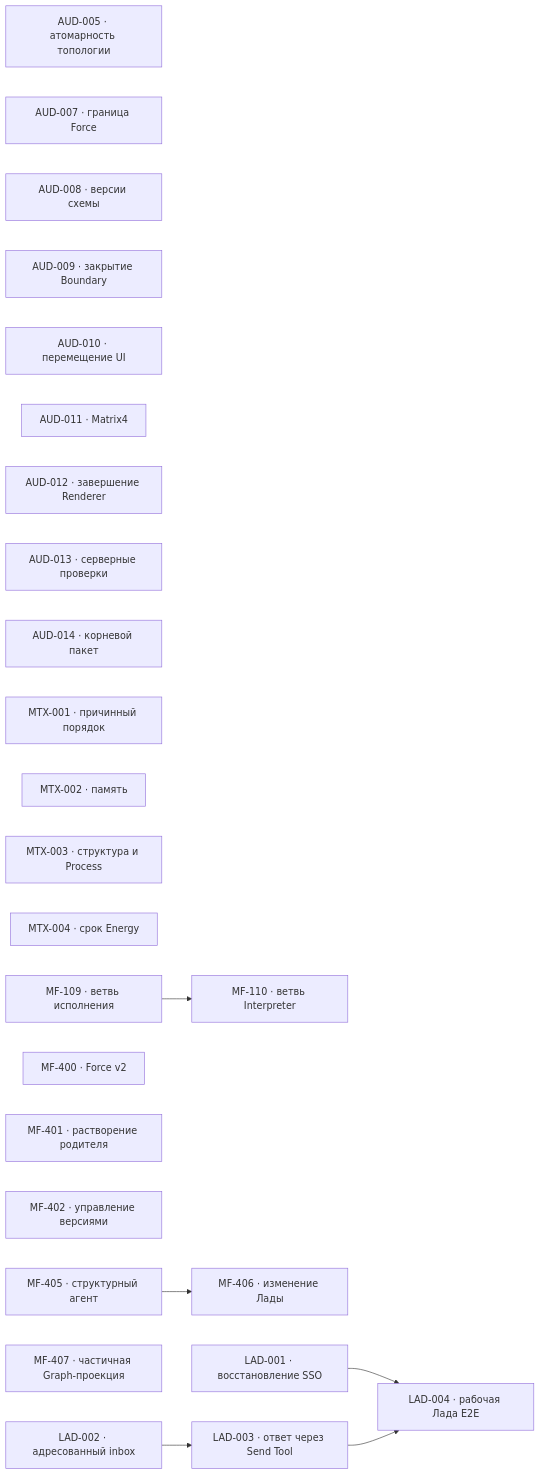
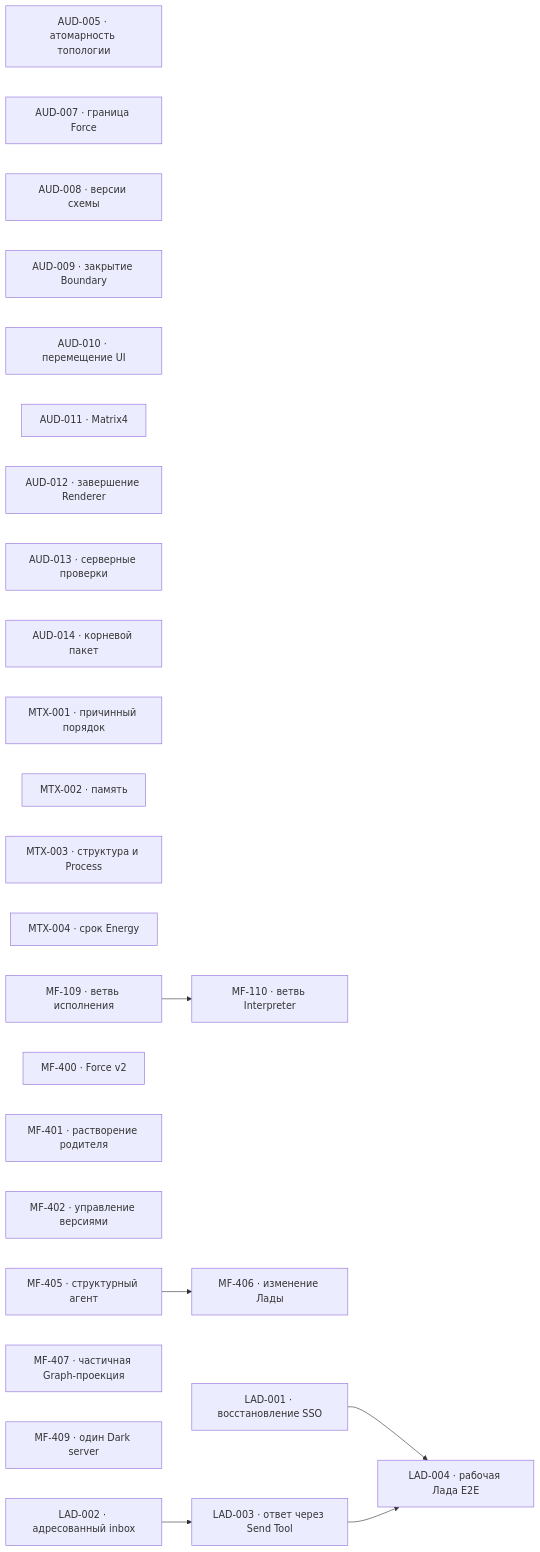
Before and after one commit to zavx0z/metafor: the diagram in project/TODO.md, drawn with Mermaid. The commit also changed other lines of this file and 32 other files, not shown here.

Commit message:
feat(runtime): use one Dark server per universe

````diff
--- a/project/TODO.md
+++ b/project/TODO.md
@@ -13,33 +13,34 @@
 ```mermaid
 flowchart LR
     AUD005["AUD-005 · атомарность топологии"]
     AUD007["AUD-007 · граница Force"]
     AUD008["AUD-008 · версии схемы"]
     AUD009["AUD-009 · закрытие Boundary"]
     AUD010["AUD-010 · перемещение UI"]
     AUD011["AUD-011 · Matrix4"]
     AUD012["AUD-012 · завершение Renderer"]
     AUD013["AUD-013 · серверные проверки"]
     AUD014["AUD-014 · корневой пакет"]
     MTX001["MTX-001 · причинный порядок"]
     MTX002["MTX-002 · память"]
     MTX003["MTX-003 · структура и Process"]
     MTX004["MTX-004 · срок Energy"]
     MF109["MF-109 · ветвь исполнения"]
     MF110["MF-110 · ветвь Interpreter"]
     MF400["MF-400 · Force v2"]
     MF401["MF-401 · растворение родителя"]
     MF402["MF-402 · управление версиями"]
     MF405["MF-405 · структурный агент"]
     MF406["MF-406 · изменение Лады"]
     MF407["MF-407 · частичная Graph-проекция"]
+    MF409["MF-409 · один Dark server"]
     LAD001["LAD-001 · восстановление SSO"]
     LAD002["LAD-002 · адресованный inbox"]
     LAD003["LAD-003 · ответ через Send Tool"]
     LAD004["LAD-004 · рабочая Лада E2E"]
     MF109 --> MF110
     MF405 --> MF406
     LAD002 --> LAD003
     LAD001 --> LAD004
     LAD003 --> LAD004
 ```
````
